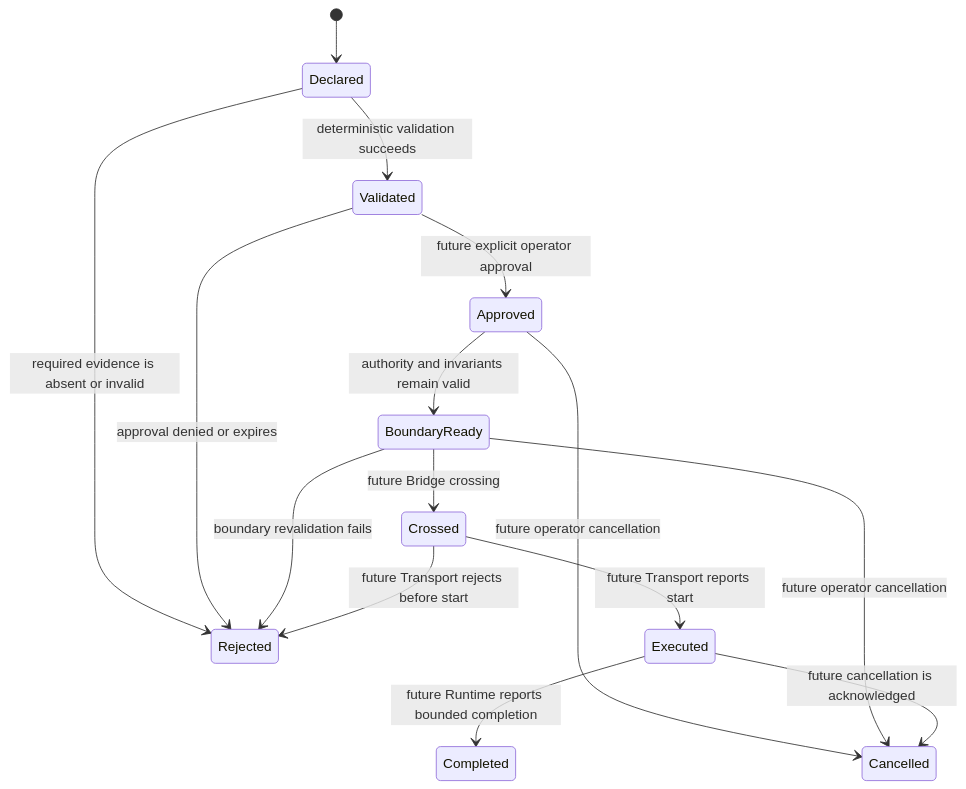
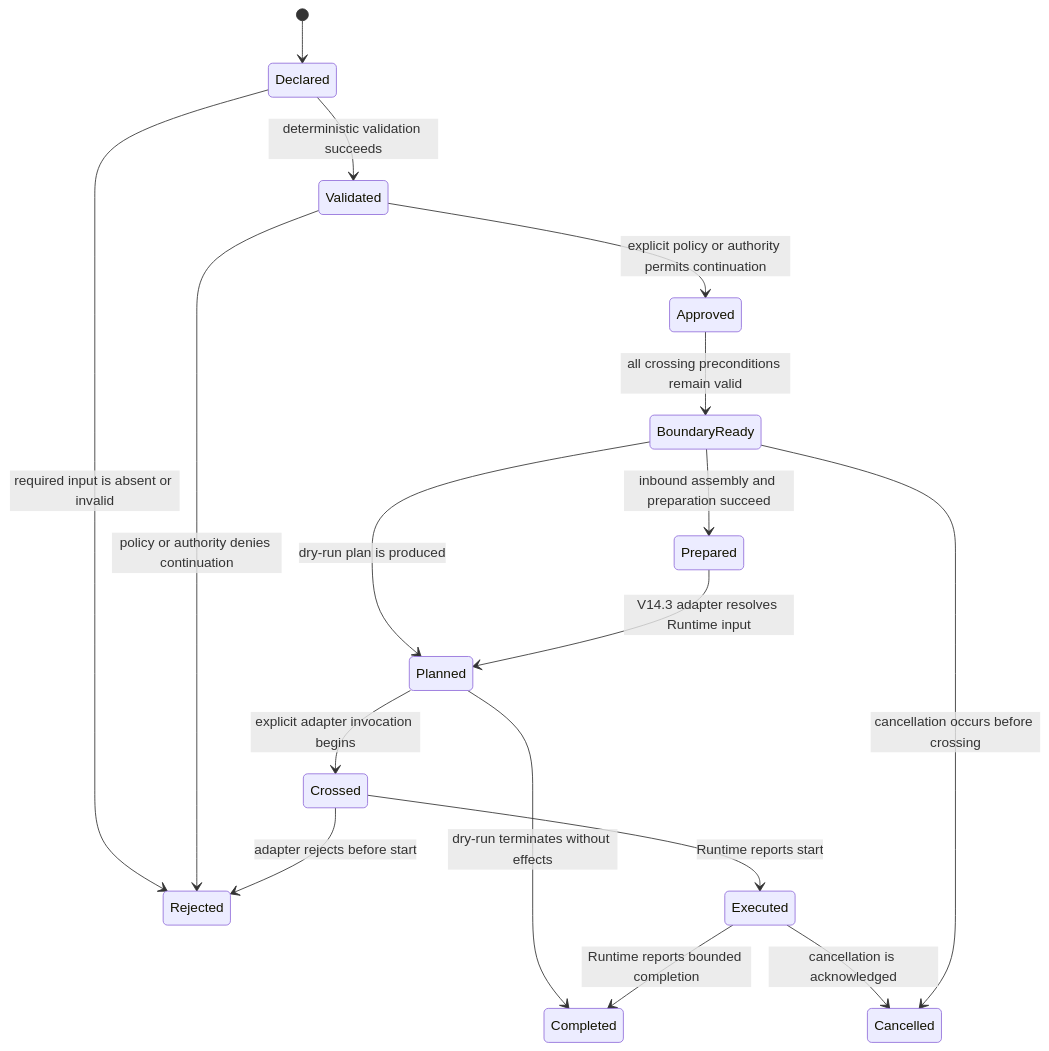
Before and after one commit to Deadpool042/loop-engine: the fifth of 6 diagrams in docs/architecture/execution-architecture-rfc.md, drawn with Mermaid. The commit also changed other lines of this file, not shown here.

Commit message:
docs(architecture): align execution RFC with current implementation

````diff
--- a/docs/architecture/execution-architecture-rfc.md
+++ b/docs/architecture/execution-architecture-rfc.md
@@ -109,17 +149,19 @@
 ```mermaid
 stateDiagram-v2
   [*] --> Declared
   Declared --> Validated: deterministic validation succeeds
-  Declared --> Rejected: required evidence is absent or invalid
-  Validated --> Approved: future explicit operator approval
-  Validated --> Rejected: approval denied or expires
-  Approved --> BoundaryReady: authority and invariants remain valid
-  Approved --> Cancelled: future operator cancellation
-  BoundaryReady --> Crossed: future Bridge crossing
-  BoundaryReady --> Rejected: boundary revalidation fails
-  BoundaryReady --> Cancelled: future operator cancellation
-  Crossed --> Executed: future Transport reports start
-  Crossed --> Rejected: future Transport rejects before start
-  Executed --> Completed: future Runtime reports bounded completion
-  Executed --> Cancelled: future cancellation is acknowledged
+  Declared --> Rejected: required input is absent or invalid
+  Validated --> Approved: explicit policy or authority permits continuation
+  Validated --> Rejected: policy or authority denies continuation
+  Approved --> BoundaryReady: all crossing preconditions remain valid
+  BoundaryReady --> Prepared: inbound assembly and preparation succeed
+  BoundaryReady --> Planned: dry-run plan is produced
+  Prepared --> Planned: V14.3 adapter resolves Runtime input
+  Planned --> Crossed: explicit adapter invocation begins
+  Planned --> Completed: dry-run terminates without effects
+  Crossed --> Executed: Runtime reports start
+  Crossed --> Rejected: adapter rejects before start
+  Executed --> Completed: Runtime reports bounded completion
+  Executed --> Cancelled: cancellation is acknowledged
+  BoundaryReady --> Cancelled: cancellation occurs before crossing
 ```
````
